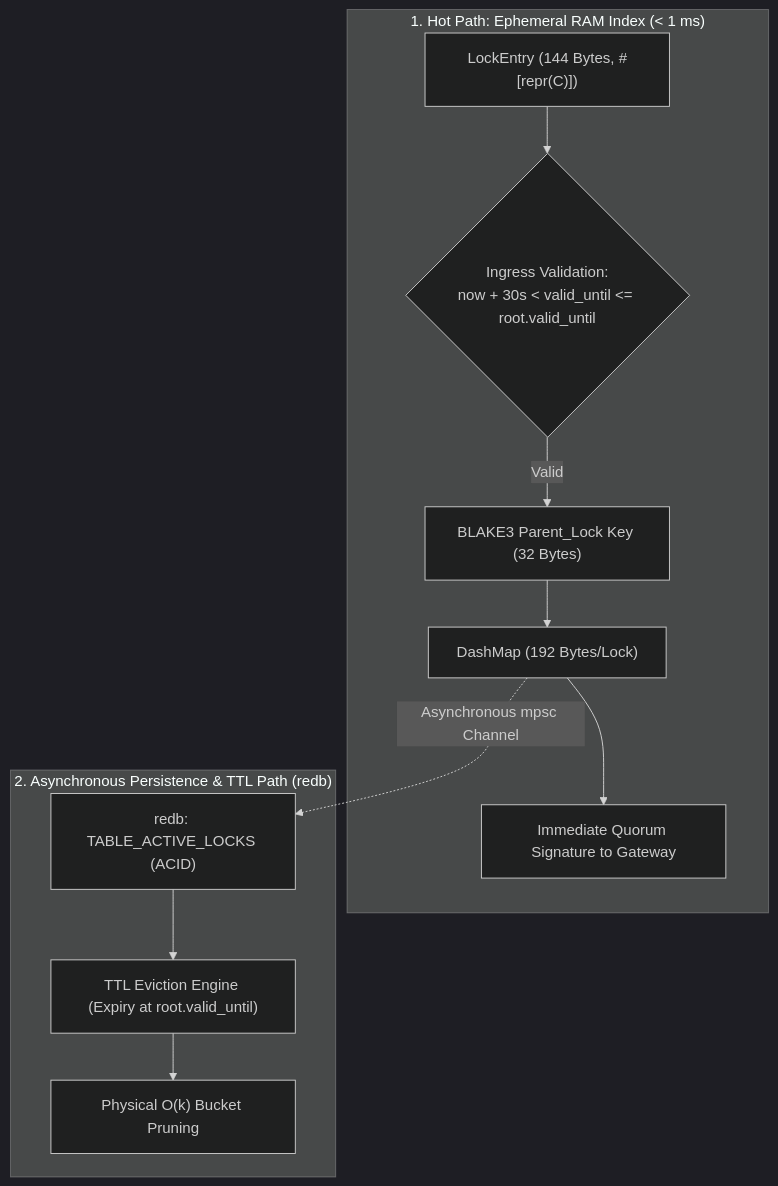
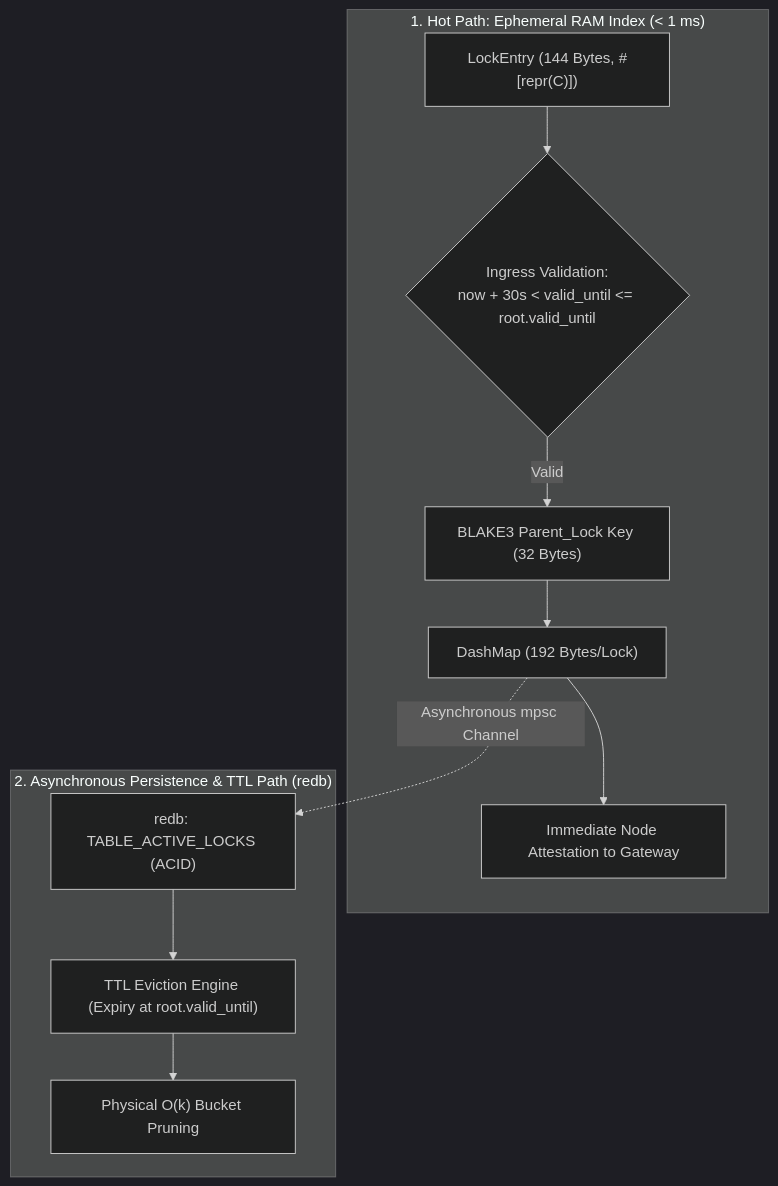
One commit to minutogit/human-money-node changed the first of 2 diagrams in docs/12_lock_storage_und_ram_index.md. Above: the diagram before and after it, drawn with Mermaid (dark theme). The commit also changed other lines of this file and 36 other files, not shown here.

Commit message:
docs: align domain terminology and preserve architecture interview progress

````diff
--- a/docs/12_lock_storage_und_ram_index.md
+++ b/docs/12_lock_storage_und_ram_index.md
@@ -14,15 +14,15 @@
 ```mermaid
 flowchart TD
     subgraph HotPath["1. Hot Path: Ephemeral RAM Index (< 1 ms)"]
         Incoming["LockEntry (144 Bytes, #[repr(C)])"] --> IngressCheck{"Ingress Validation:<br>now + 30s < valid_until <= root.valid_until"}
         IngressCheck -- Valid --> FastHash["BLAKE3 Parent_Lock Key (32 Bytes)"]
         FastHash --> RamIndex["DashMap<ParentLockKey, StoredLock> (192 Bytes/Lock)"]
-        RamIndex --> PoSResponse["Immediate Quorum Signature to Gateway"]
+        RamIndex --> PoSResponse["Immediate Node Attestation to Gateway"]
     end
 
     subgraph ColdPath["2. Asynchronous Persistence & TTL Path (redb)"]
         RamIndex -.->|Asynchronous mpsc Channel| DiskWrite["redb: TABLE_ACTIVE_LOCKS (ACID)"]
         DiskWrite --> TtlEngine["TTL Eviction Engine (Expiry at root.valid_until)"]
         TtlEngine --> Eviction["Physical O(k) Bucket Pruning"]
     end
 ```
````
